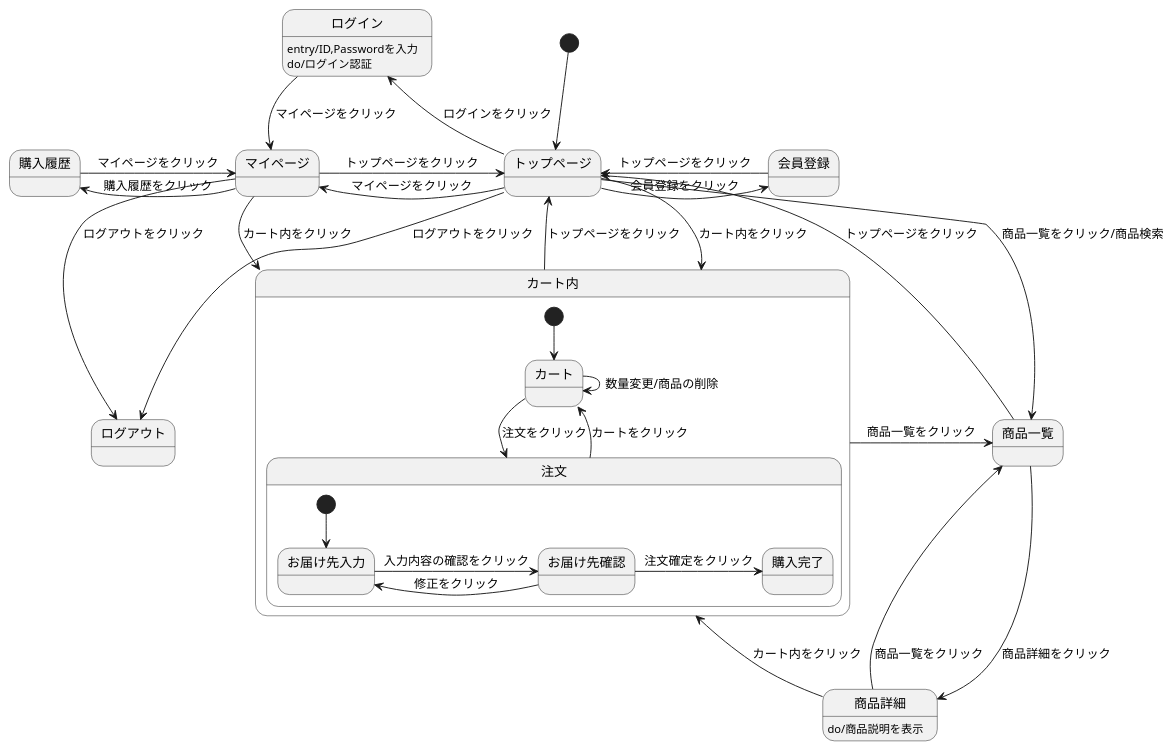
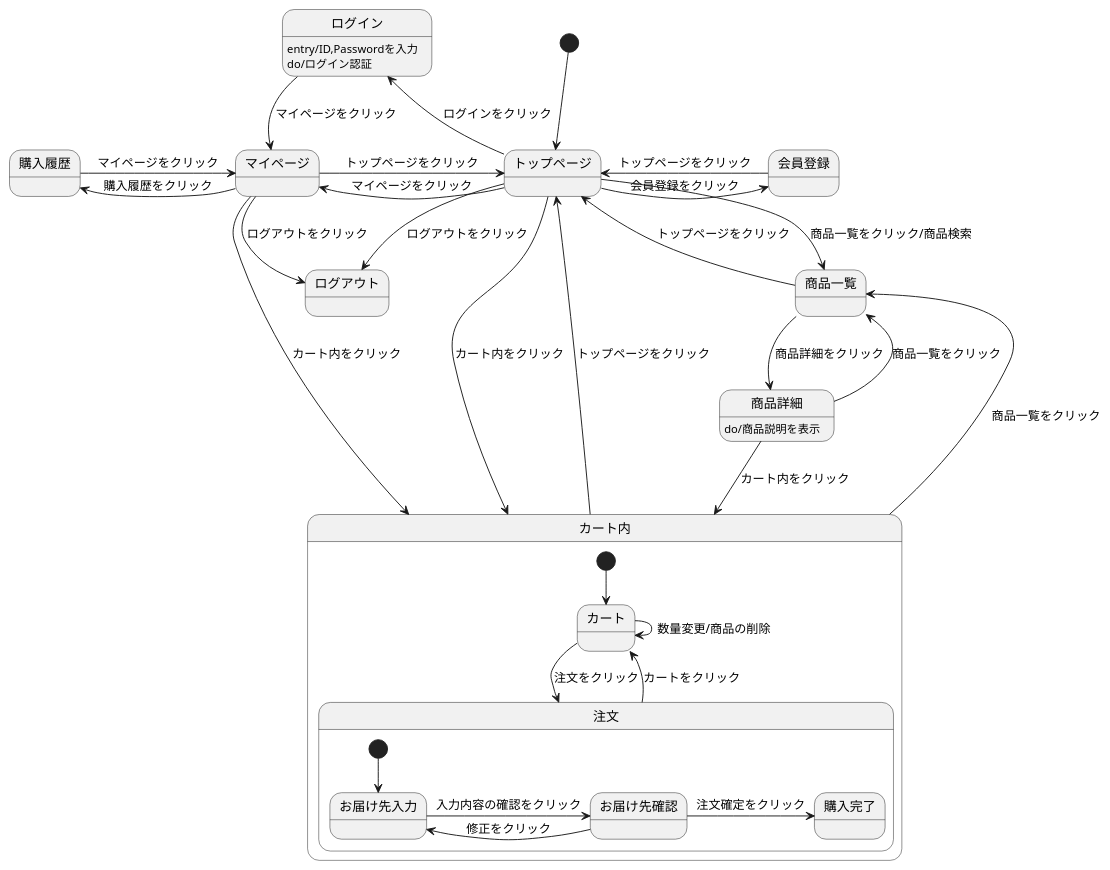
One commit to Aso2001163/2021sys-design-2 changed the diagram in Mypage(状態遷移図).md. Above: the diagram before and after it, drawn with PlantUML.

````diff
--- a/Mypage(状態遷移図).md
+++ b/Mypage(状態遷移図).md
@@ -1,40 +1,40 @@
 ```uml
 @startuml
 [*] --> トップページ
 トップページ -> 会員登録 : 会員登録をクリック
 会員登録 -> トップページ : トップページをクリック
 トップページ -left-> マイページ : マイページをクリック
 トップページ -left-> ログイン : ログインをクリック
 ログイン -down-> マイページ : マイページをクリック
 ログイン:entry/ID,Passwordを入力
 ログイン:do/ログイン認証
 マイページ -> トップページ : トップページをクリック
 マイページ -down-> ログアウト : ログアウトをクリック
 マイページ -left-> 購入履歴 : 購入履歴をクリック
-マイページ -> カート内 : カート内をクリック
+マイページ -down-> カート内 : カート内をクリック
 トップページ -> ログアウト : ログアウトをクリック  
 購入履歴 -> マイページ : マイページをクリック
 トップページ --> 商品一覧 : 商品一覧をクリック/商品検索
 商品一覧 -> トップページ : トップページをクリック
 商品一覧 -> 商品詳細 : 商品詳細をクリック  
 商品詳細:do/商品説明を表示
 商品詳細 -down-> 商品一覧 : 商品一覧をクリック
 商品詳細 -down-> カート内 : カート内をクリック
 カート内 -> 商品一覧 : 商品一覧をクリック
 カート内 -up-> トップページ : トップページをクリック
 トップページ -> カート内 : カート内をクリック
 
 state カート内 {
   [*] --> カート
   カート -down-> 注文 : 注文をクリック
   カート -> カート : 数量変更/商品の削除
   注文 -down-> カート : カートをクリック
   state 注文 {
     [*] --> お届け先入力
     お届け先入力 -> お届け先確認 : 入力内容の確認をクリック
     お届け先確認 -> お届け先入力 : 修正をクリック
     お届け先確認 -> 購入完了 : 注文確定をクリック
     }
  }
 @enduml
 ```
````
